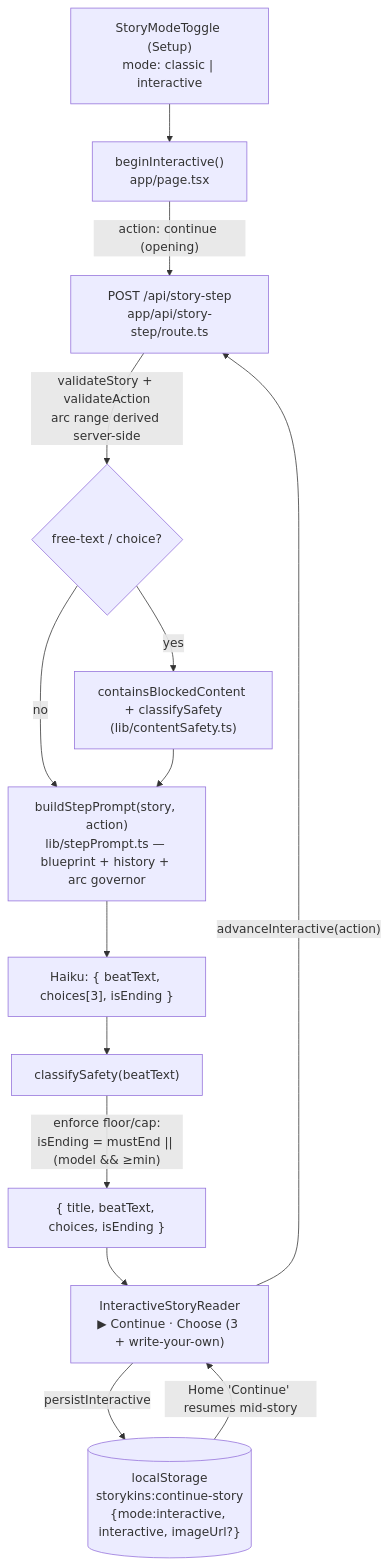
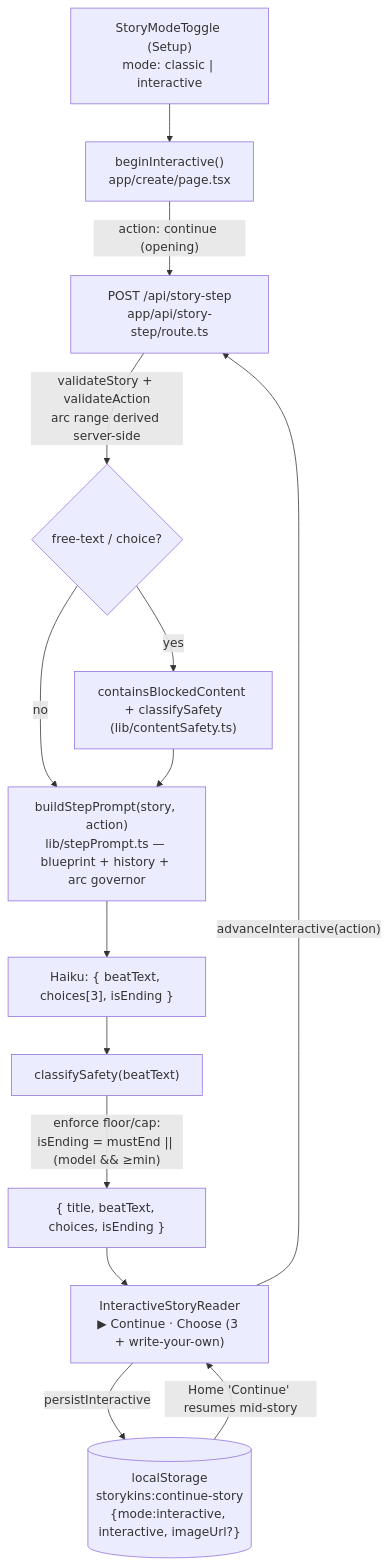
Before and after one commit to aio-studios/children-story-app: the eighth of 8 diagrams in docs/architecture.md, drawn with Mermaid. The commit also changed other lines of this file and 48 other files, not shown here.

First line of the commit message:
feat: landing page at /, app moves to /create (#97) (#100)

````diff
--- a/docs/architecture.md
+++ b/docs/architecture.md
@@ -384,16 +409,16 @@
 ```mermaid
 flowchart TD
-  Toggle["StoryModeToggle (Setup)<br/>mode: classic | interactive"] --> Begin["beginInteractive()<br/>app/page.tsx"]
+  Toggle["StoryModeToggle (Setup)<br/>mode: classic | interactive"] --> Begin["beginInteractive()<br/>app/create/page.tsx"]
   Begin -->|"action: continue (opening)"| Route["POST /api/story-step<br/>app/api/story-step/route.ts"]
   Reader["InteractiveStoryReader<br/>▶ Continue · Choose (3 + write-your-own)"] -->|"advanceInteractive(action)"| Route
   Route -->|"validateStory + validateAction<br/>arc range derived server-side"| Safety{"free-text / choice?"}
   Safety -->|yes| InCheck["containsBlockedContent + classifySafety<br/>(lib/contentSafety.ts)"]
   Safety -->|no| Prompt
   InCheck --> Prompt["buildStepPrompt(story, action)<br/>lib/stepPrompt.ts — blueprint + history + arc governor"]
   Prompt --> Haiku["Haiku: { beatText, choices[3], isEnding }"]
   Haiku --> OutCheck["classifySafety(beatText)"]
   OutCheck -->|"enforce floor/cap:<br/>isEnding = mustEnd || (model && ≥min)"| Resp["{ title, beatText, choices, isEnding }"]
   Resp --> Reader
   Reader -->|"persistInteractive"| LS[("localStorage<br/>storykins:continue-story<br/>{mode:interactive, interactive, imageUrl?}")]
   LS -->|"Home 'Continue' resumes mid-story"| Reader
 ```
````
